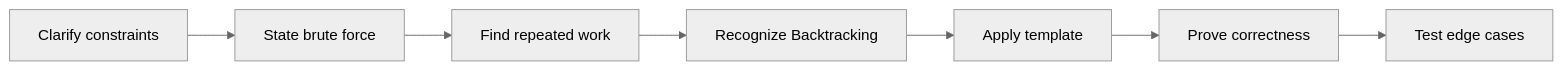
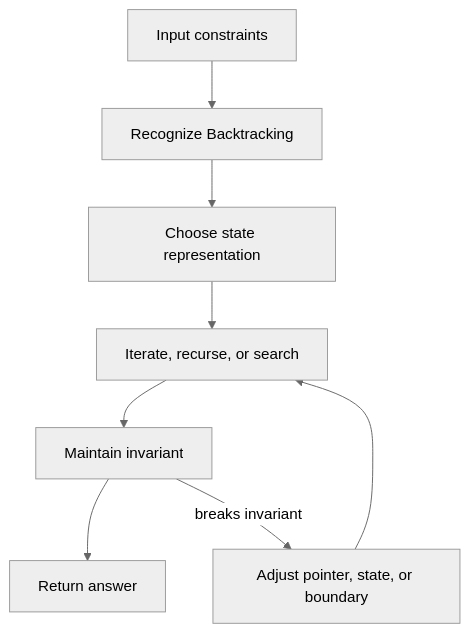
The second of 2 diagrams in coding-round/patterns/backtracking/index.md (abstractinterviews/abstractinterviews.github.io), drawn with Mermaid (neutral theme) before and after one commit. The commit also changed other lines of this file and 278 other files, not shown here.

````diff
--- a/coding-round/patterns/backtracking/index.md
+++ b/coding-round/patterns/backtracking/index.md
@@ -123,9 +121,10 @@
-~~~mermaid
-flowchart LR
-    A["Clarify constraints"] --> B["State brute force"]
-    B --> C["Find repeated work"]
-    C --> D["Recognize Backtracking"]
-    D --> E["Apply template"]
-    E --> F["Prove correctness"]
-    F --> G["Test edge cases"]
-~~~
+```mermaid
+flowchart TD
+    Input["Input constraints"] --> Pattern["Recognize Backtracking"]
+    Pattern --> State["Choose state representation"]
+    State --> Iterate["Iterate, recurse, or search"]
+    Iterate --> Check["Maintain invariant"]
+    Check --> Result["Return answer"]
+    Check -->|breaks invariant| Fix["Adjust pointer, state, or boundary"]
+    Fix --> Iterate
+```
````
